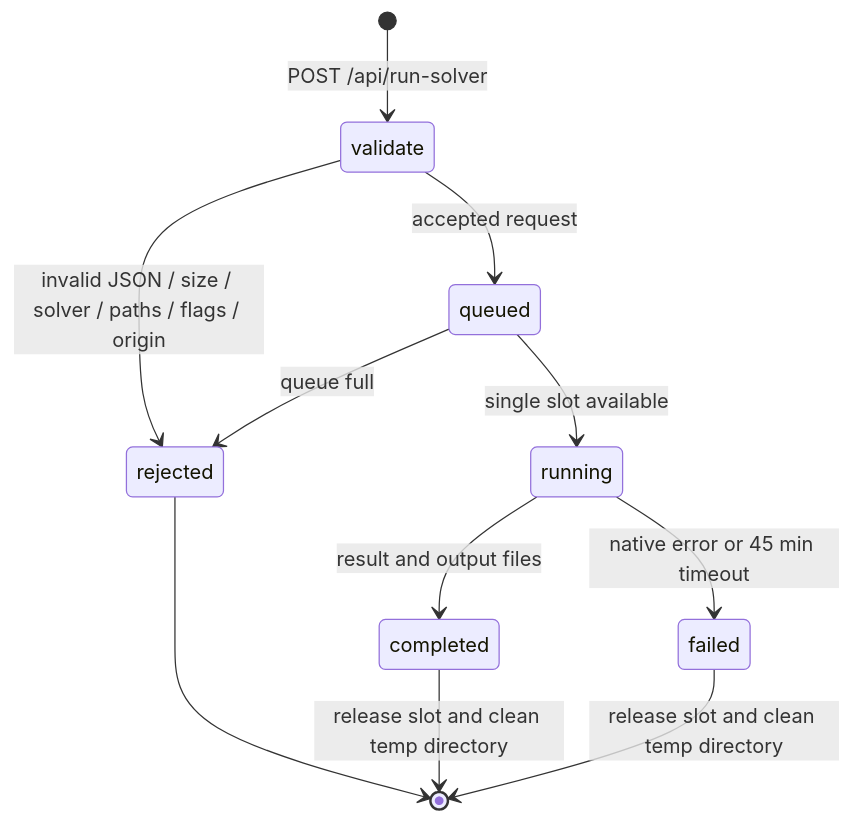
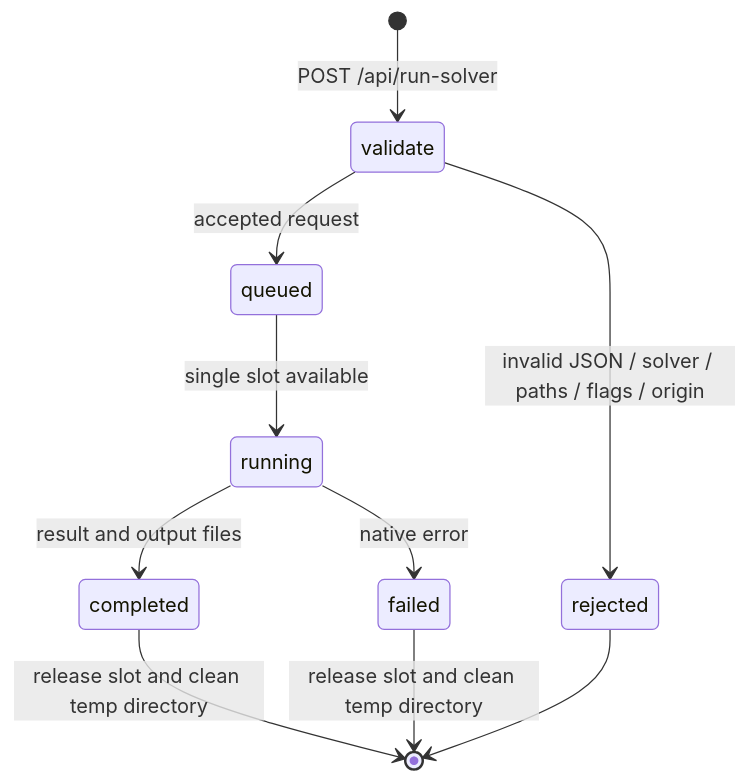
Before and after one commit to draarivpatel-ui/signal-integrity-pipeline: the sixth of 6 diagrams in docs/ARCHITECTURE.md, drawn with Mermaid. The commit also changed 1 other file, not shown here.

Commit message:
Document the uncapped local solver queue

````diff
--- a/docs/ARCHITECTURE.md
+++ b/docs/ARCHITECTURE.md
@@ -281,13 +281,12 @@
 ```mermaid
 stateDiagram-v2
   [*] --> validate: POST /api/run-solver
-  validate --> rejected: invalid JSON / size / solver / paths / flags / origin
+  validate --> rejected: invalid JSON / solver / paths / flags / origin
   validate --> queued: accepted request
-  queued --> rejected: queue full
   queued --> running: single slot available
   running --> completed: result and output files
-  running --> failed: native error or 45 min timeout
+  running --> failed: native error
   completed --> [*]: release slot and clean temp directory
   failed --> [*]: release slot and clean temp directory
   rejected --> [*]
 ```
````
